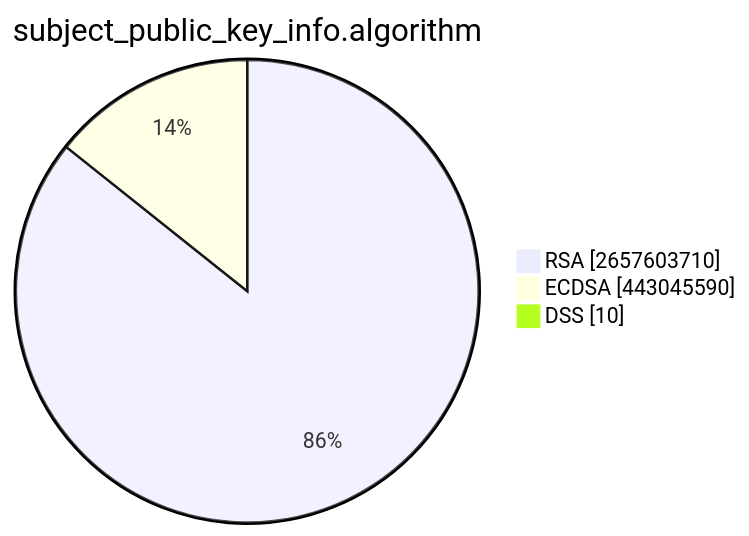
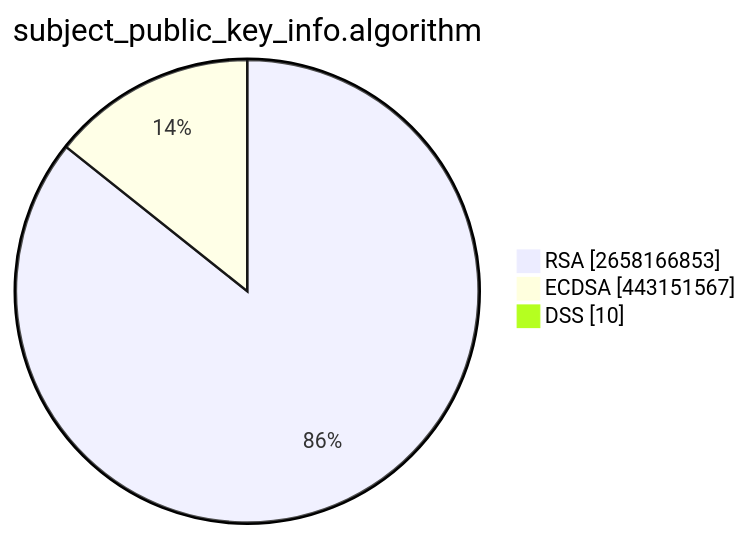
One commit to christiankrug/ctmonitor_visualization changed the second of 15 diagrams in TOTAL/README.md. Above: the diagram before and after it, drawn with Mermaid. The commit also changed other lines of this file, not shown here.

````diff
--- a/TOTAL/README.md
+++ b/TOTAL/README.md
@@ -6,7 +6,7 @@
 ```mermaid
 pie showData
 title subject_public_key_info.algorithm
-"RSA" :2657603710
-"ECDSA" :443045590
+"RSA" :2658166853
+"ECDSA" :443151567
 "DSS" :10
 ```
````
